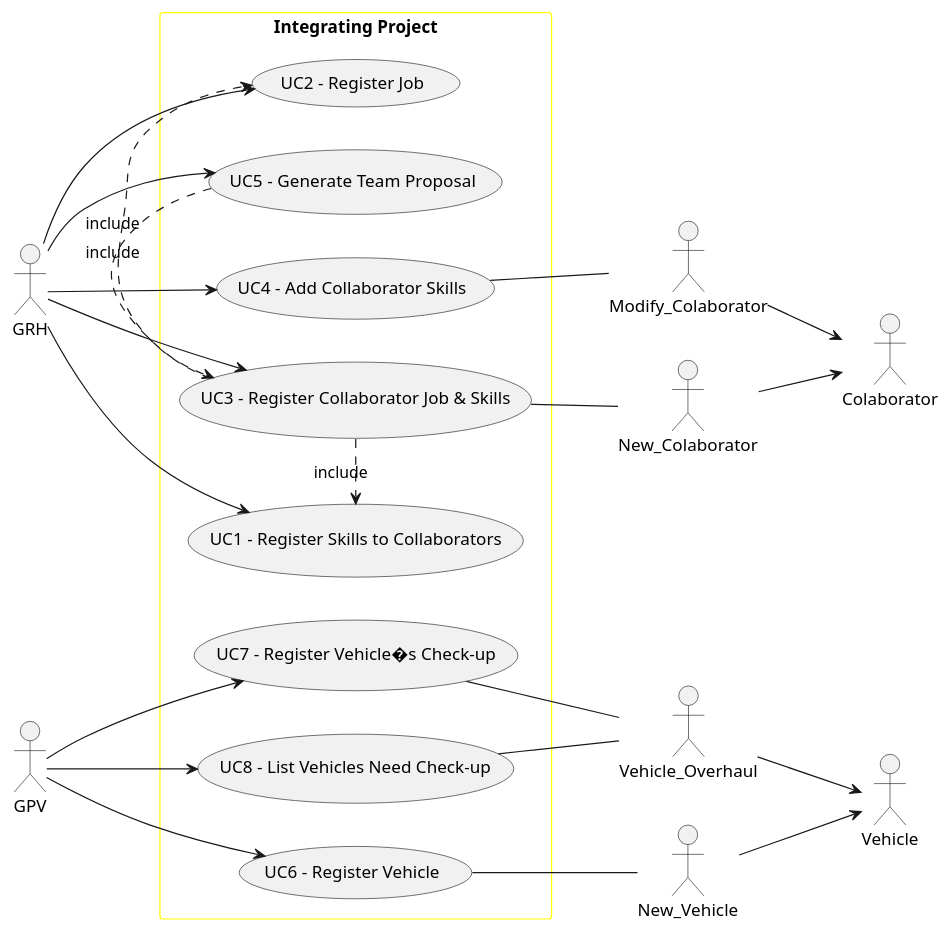
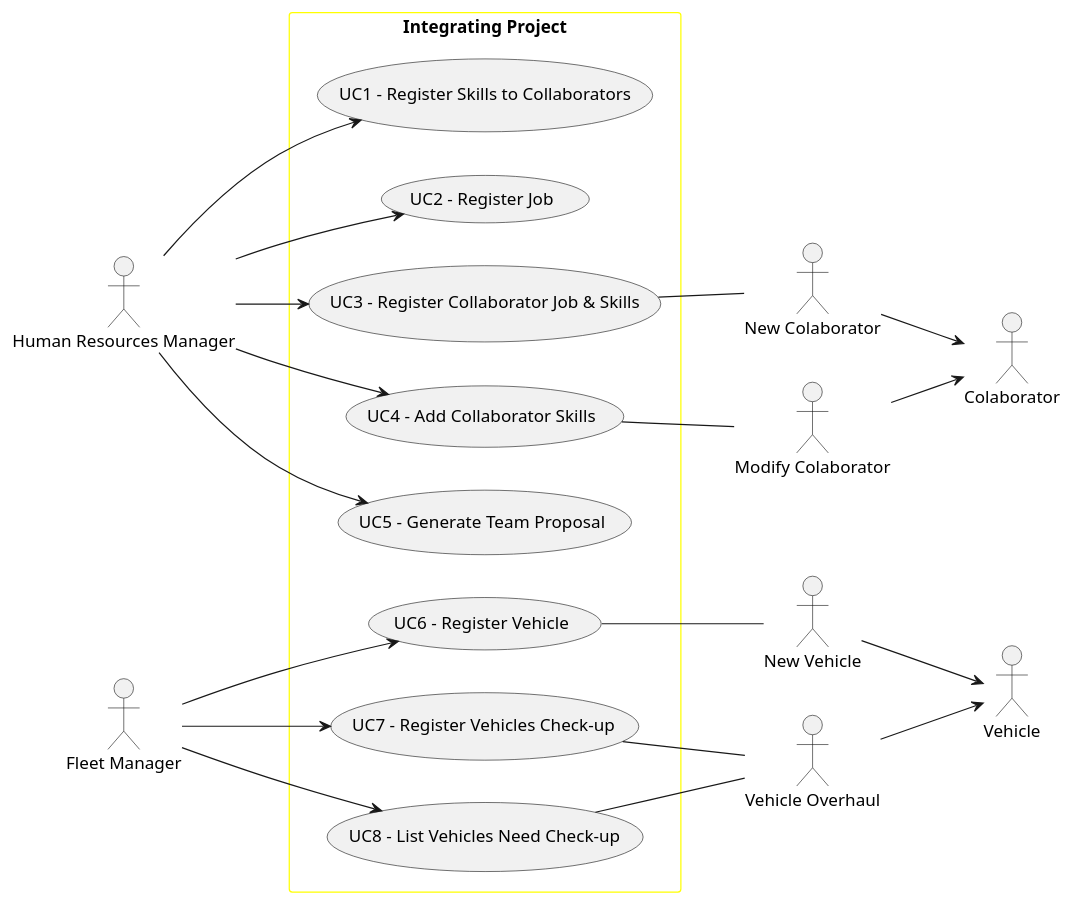
The diagram in docs/sprintA/global-artifacts/01.requirements-engineering/puml/use-case-diagram.puml (1231360-ISEP/lei-24-s2-1db-g021), drawn with PlantUML before and after one commit.

Commit message:
Use Case Diagram Modified (final adjustments)

```diff
--- a/docs/sprintA/global-artifacts/01.requirements-engineering/puml/use-case-diagram.puml
+++ b/docs/sprintA/global-artifacts/01.requirements-engineering/puml/use-case-diagram.puml
@@ -1,54 +1,51 @@
 @startuml
 'skinparam monochrome true
 skinparam packageStyle rectangle
 'skinparam shadowing false
 
 skinparam rectangle{
     BorderColor yellow
 }
 
 'title Use Case Diagram Example
-actor GRH
-actor GPV
+actor "Human Resources Manager" as HRM
+actor  "Fleet Manager" as FM
 left to right direction
 
 rectangle "Integrating Project" as actors {
         usecase "UC1 - Register Skills to Collaborators" as UC1
-        GRH --> UC1
+        HRM --> UC1
         usecase "UC2 - Register Job" as UC2
-        GRH --> UC2
+        HRM --> UC2
         usecase "UC3 - Register Collaborator Job & Skills" as UC3
-        GRH --> UC3
-        UC3 .> UC1 : include
-        UC3 .> UC2 : include
+        HRM --> UC3
         usecase "UC4 - Add Collaborator Skills" as UC4
-        GRH --> UC4
+        HRM --> UC4
         usecase "UC5 - Generate Team Proposal" as UC5
-        GRH --> UC5
-        UC5 .> UC3 : include
+        HRM --> UC5
         usecase "UC6 - Register Vehicle" as UC6
-        GPV --> UC6
-        usecase "UC7 - Register Vehicle�s Check-up" as UC7
-        GPV --> UC7
+        FM --> UC6
+        usecase "UC7 - Register Vehicles Check-up" as UC7
+        FM --> UC7
         usecase "UC8 - List Vehicles Need Check-up" as UC8
-        GPV --> UC8
+        FM --> UC8
 }
 
 left to right direction
-actor New_Colaborator
+actor "New Colaborator" as New_Colaborator
 UC3 -- New_Colaborator
-actor Modify_Colaborator
+actor "Modify Colaborator" as Modify_Colaborator
 UC4 -- Modify_Colaborator
 actor Colaborator
 New_Colaborator --> Colaborator
 Modify_Colaborator --> Colaborator
-actor New_Vehicle
+actor "New Vehicle" as New_Vehicle
 UC6 -- New_Vehicle
-actor Vehicle_Overhaul
+actor "Vehicle Overhaul" as Vehicle_Overhaul
 UC7 -- Vehicle_Overhaul
 UC8 -- Vehicle_Overhaul
 actor Vehicle
 New_Vehicle --> Vehicle
 Vehicle_Overhaul --> Vehicle
 
 @enduml
```
